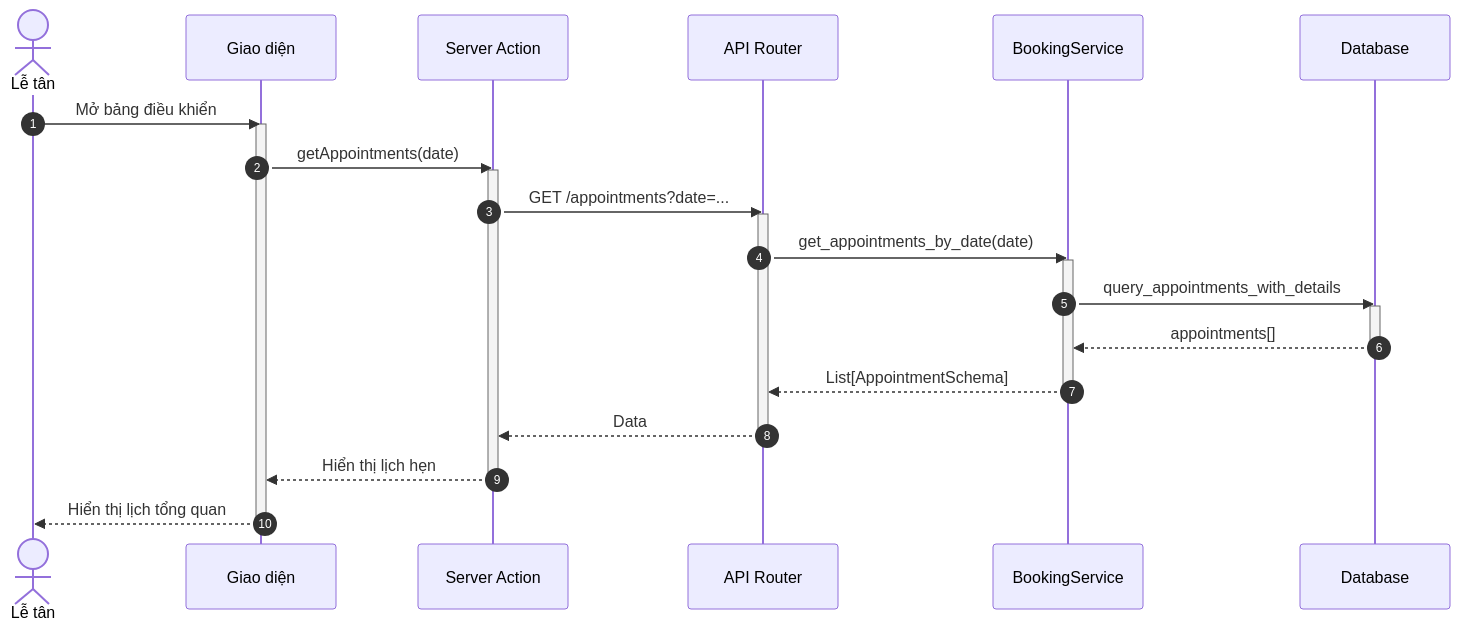
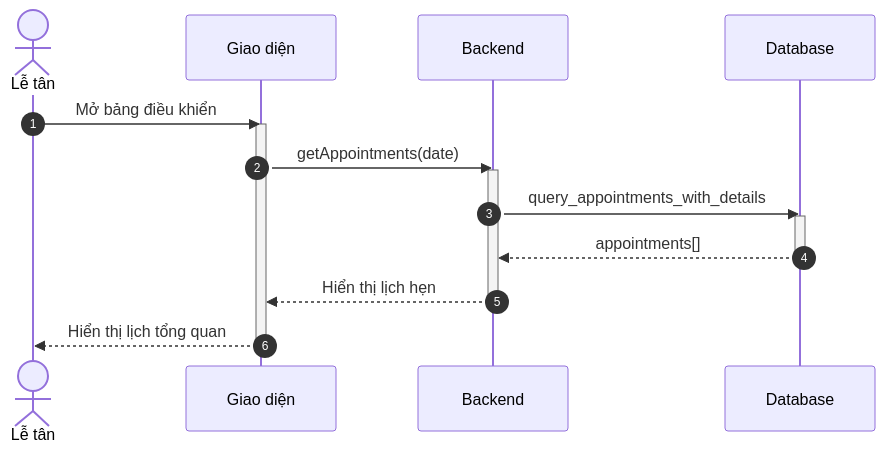
Before and after one commit to ngoctinn/Synapse: the first of 8 diagrams in docs/design/sequences/receptionist_flows.md, drawn with Mermaid. The commit also changed other lines of this file and 7 other files, not shown here.

Commit message:
docs: Add initial design documentation for authentication, user flows, and algorithm specification.

````diff
--- a/docs/design/sequences/receptionist_flows.md
+++ b/docs/design/sequences/receptionist_flows.md
@@ -28,38 +28,24 @@
 ```mermaid
 sequenceDiagram
     autonumber
     actor LT as Lễ tân
     participant UI as Giao diện
-    participant BFF as Server Action
-    participant API as API Router
-    participant S as BookingService
+    participant BE as Backend
     participant DB as Database
 
     LT->>UI: Mở bảng điều khiển
     activate UI
-    UI->>BFF: getAppointments(date)
-    activate BFF
+    UI->>BE: getAppointments(date)
+    activate BE
 
-    BFF->>API: GET /appointments?date=...
-    activate API
-
-    API->>S: get_appointments_by_date(date)
-    activate S
-
-    S->>DB: query_appointments_with_details
+    BE->>DB: query_appointments_with_details
     activate DB
-    DB-->>S: appointments[]
+    DB-->>BE: appointments[]
     deactivate DB
 
-    S-->>API: List[AppointmentSchema]
-    deactivate S
-
-    API-->>BFF: Data
-    deactivate API
-
-    BFF-->>UI: Hiển thị lịch hẹn
-    deactivate BFF
+    BE-->>UI: Hiển thị lịch hẹn
+    deactivate BE
 
     UI-->>LT: Hiển thị lịch tổng quan
     deactivate UI
 ```
````
